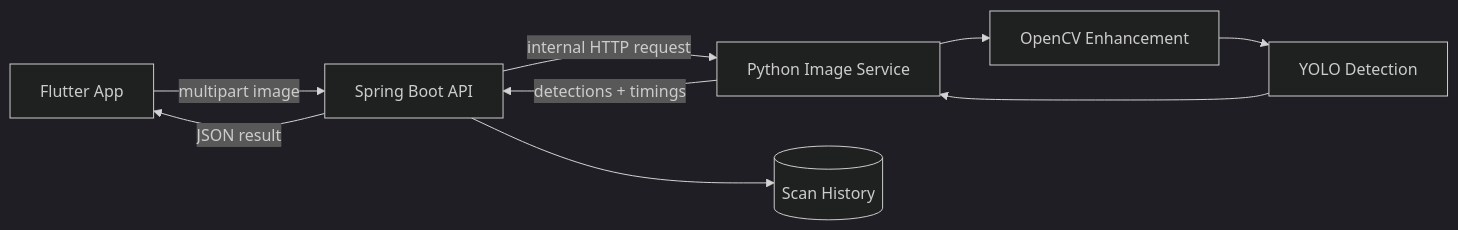
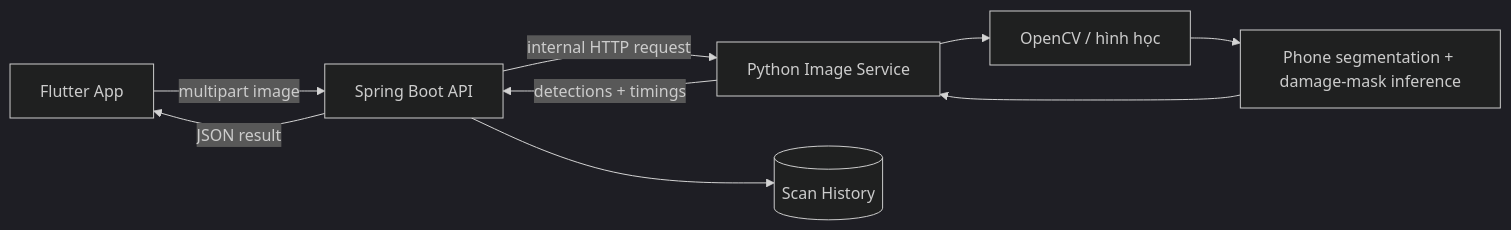
The diagram in README.md (NguyenTranNgocDuyen/QLDAPM_Industrial_Defect_Image_Retrieval), drawn with Mermaid (dark theme) before and after one commit. The commit also changed other lines of this file and 115 other files, not shown here.

````diff
--- a/README.md
+++ b/README.md
@@ -7,11 +7,11 @@
 ```mermaid
 flowchart LR
     A[Flutter App] -->|multipart image| B[Spring Boot API]
     B -->|internal HTTP request| C[Python Image Service]
-    C --> D[OpenCV Enhancement]
-    D --> E[YOLO Detection]
+    C --> D[OpenCV / hình học]
+    D --> E[Phone segmentation + damage-mask inference]
     E --> C
     C -->|detections + timings| B
     B --> F[(Scan History)]
     B -->|JSON result| A
 ```
````
